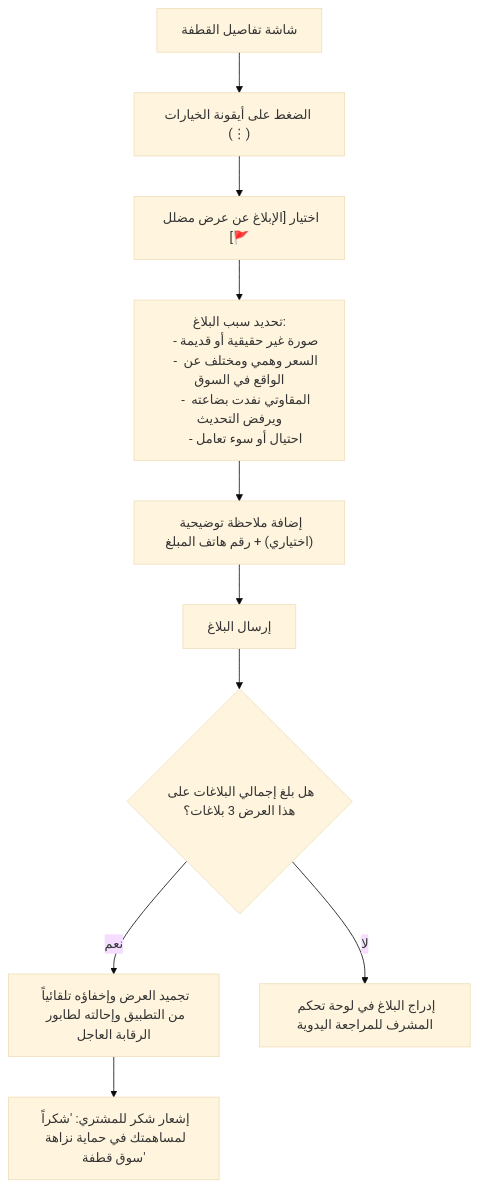
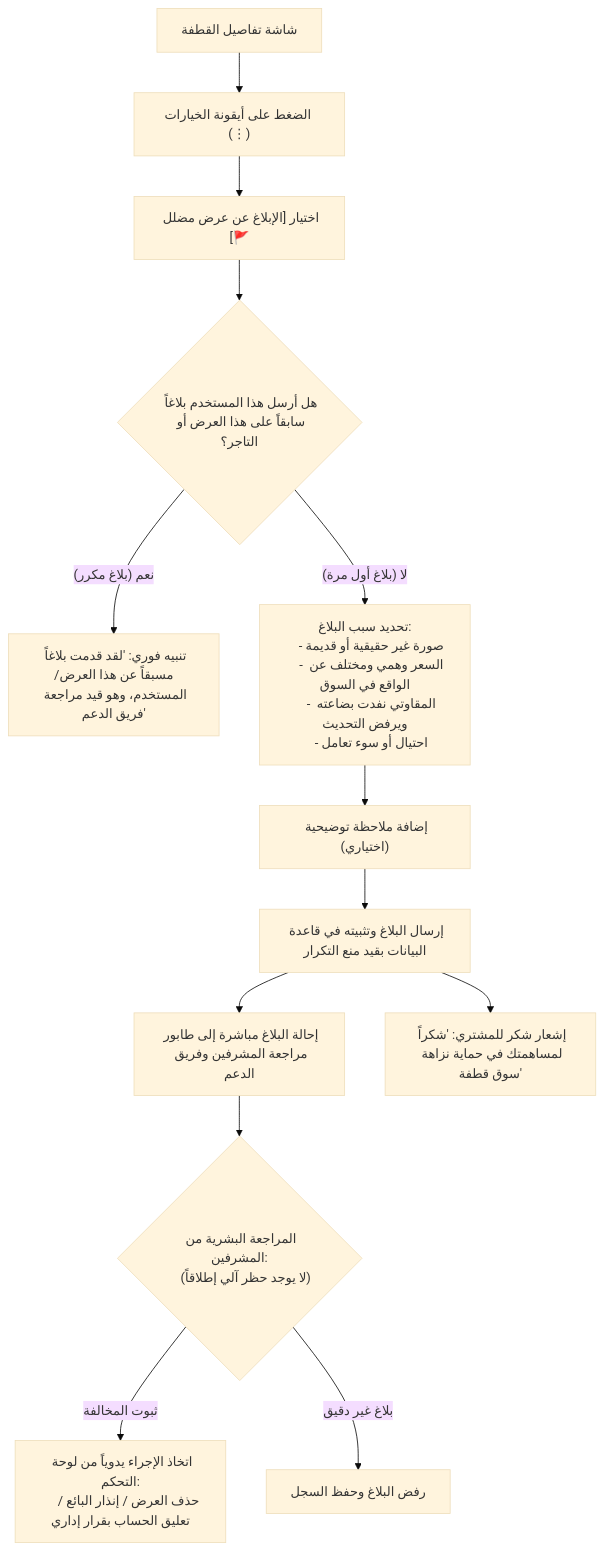
One commit to Emad20112/qatfa changed the seventh of 17 diagrams in docs/22-user-flows-detailed.md. Above: the diagram before and after it, drawn with Mermaid (base theme). The commit also changed other lines of this file and 2 other files, not shown here.

Commit message:
docs(ux): update user flows, screen specs, presets setup, and dual availability toggles

````diff
--- a/docs/22-user-flows-detailed.md
+++ b/docs/22-user-flows-detailed.md
@@ -198,16 +201,27 @@
 ```mermaid
 flowchart TD
     DropDetail["شاشة تفاصيل القطفة"] --> MenuBtn["الضغط على أيقونة الخيارات (⋮)"]
     MenuBtn --> ReportOption["اختيار [الإبلاغ عن عرض مضلل 🚩]"]
-    ReportOption --> ReasonSelect["تحديد سبب البلاغ:
+    
+    ReportOption --> CheckPriorReport{"هل أرسل هذا المستخدم بلاغاً سابقاً على هذا العرض أو التاجر؟"}
+    CheckPriorReport -- "نعم (بلاغ مكرر)" --> RejectDuplicate["تنبيه فوري: 'لقد قدمت بلاغاً مسبقاً عن هذا العرض/المستخدم، وهو قيد مراجعة فريق الدعم'"]
+    
+    CheckPriorReport -- "لا (بلاغ أول مرة)" --> ReasonSelect["تحديد سبب البلاغ:
     - صورة غير حقيقية أو قديمة
     - السعر وهمي ومختلف عن الواقع في السوق
     - المقاوتي نفدت بضاعته ويرفض التحديث
     - احتيال أو سوء تعامل"]
-    ReasonSelect --> AddNote["إضافة ملاحظة توضيحية (اختياري) + رقم هاتف المبلغ"]
-    AddNote --> SendReport["إرسال البلاغ"]
-    SendReport --> AutoCheck{"هل بلغ إجمالي البلاغات على هذا العرض 3 بلاغات؟"}
-    AutoCheck -- "نعم" --> Quarantine["تجميد العرض وإخفاؤه تلقائياً من التطبيق وإحالته لطابور الرقابة العاجل"]
-    AutoCheck -- "لا" --> QueueModerator["إدراج البلاغ في لوحة تحكم المشرف للمراجعة اليدوية"]
-    Quarantine --> ThankBuyer["إشعار شكر للمشتري: 'شكراً لمساهمتك في حماية نزاهة سوق قطفة'"]
+    
+    ReasonSelect --> AddNote["إضافة ملاحظة توضيحية (اختياري)"]
+    AddNote --> SendReport["إرسال البلاغ وتثبيته في قاعدة البيانات بقيد منع التكرار"]
+    
+    SendReport --> QueueModerator["إحالة البلاغ مباشرة إلى طابور مراجعة المشرفين وفريق الدعم"]
+    QueueModerator --> ManualAction{"المراجعة البشرية من المشرفين:
+    (لا يوجد حظر آلي إطلاقاً)"}
+    
+    ManualAction -- "ثبوت المخالفة" --> AdminDecision["اتخاذ الإجراء يدوياً من لوحة التحكم:
+    حذف العرض / إنذار البائع / تعليق الحساب بقرار إداري"]
+    ManualAction -- "بلاغ غير دقيق" --> Dismiss["رفض البلاغ وحفظ السجل"]
+    
+    SendReport --> ThankBuyer["إشعار شكر للمشتري: 'شكراً لمساهمتك في حماية نزاهة سوق قطفة'"]
 ```
````
